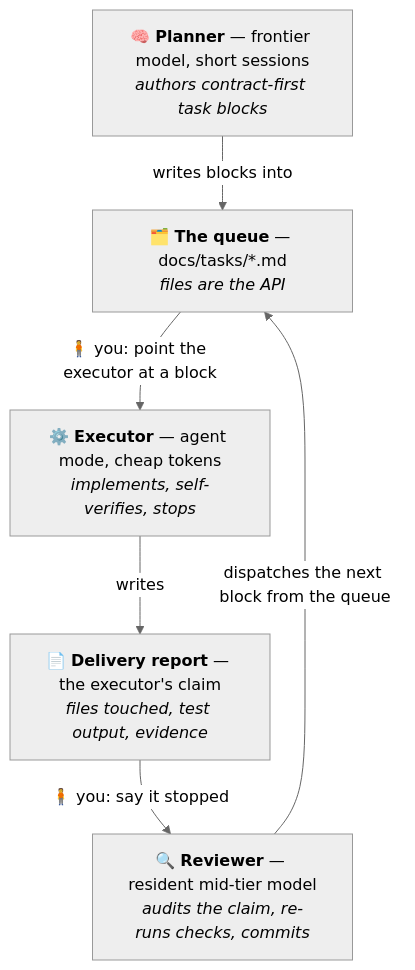
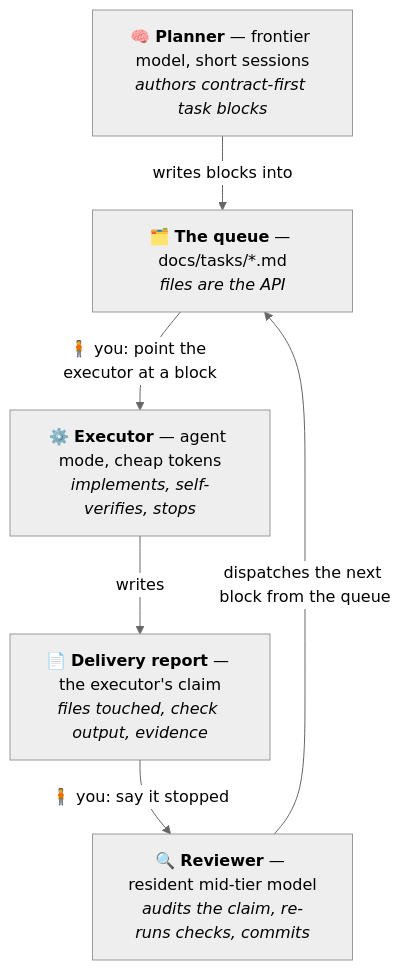
The first of 2 diagrams in README.md (Sethysethyseth/the-poor-mans-agentic-workflow), drawn with Mermaid (neutral theme) before and after one commit. The commit also changed other lines of this file and 3 other files, not shown here.

````diff
--- a/README.md
+++ b/README.md
@@ -91,13 +52,13 @@
 ```mermaid
 flowchart TD
     P["🧠 <b>Planner</b> — frontier model, short sessions<br/><i>authors contract-first task blocks</i>"]
     Q["🗂️ <b>The queue</b> — docs/tasks/*.md<br/><i>files are the API</i>"]
     X["⚙️ <b>Executor</b> — agent mode, cheap tokens<br/><i>implements, self-verifies, stops</i>"]
-    D["📄 <b>Delivery report</b> — the executor's claim<br/><i>files touched, test output, evidence</i>"]
+    D["📄 <b>Delivery report</b> — the executor's claim<br/><i>files touched, check output, evidence</i>"]
     R["🔍 <b>Reviewer</b> — resident mid-tier model<br/><i>audits the claim, re-runs checks, commits</i>"]
     P -- "writes blocks into" --> Q
     Q -- "🧍 you: point the executor at a block" --> X
     X -- "writes" --> D
     D -- "🧍 you: say it stopped" --> R
     R -- "dispatches the next block from the queue" --> Q
 ```
````
